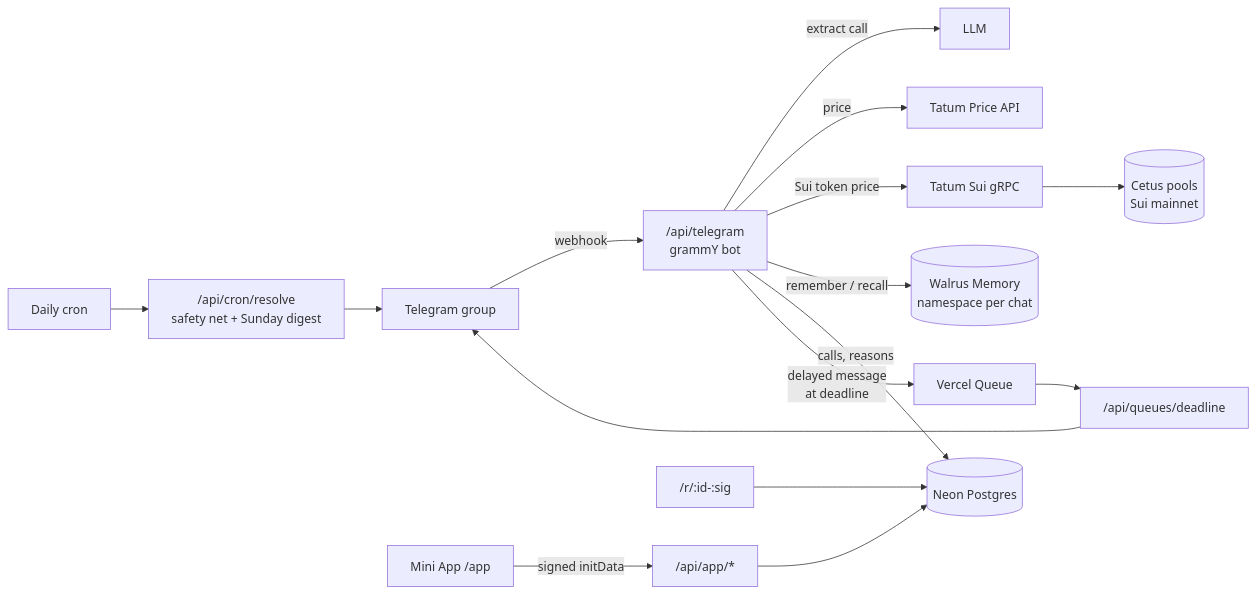
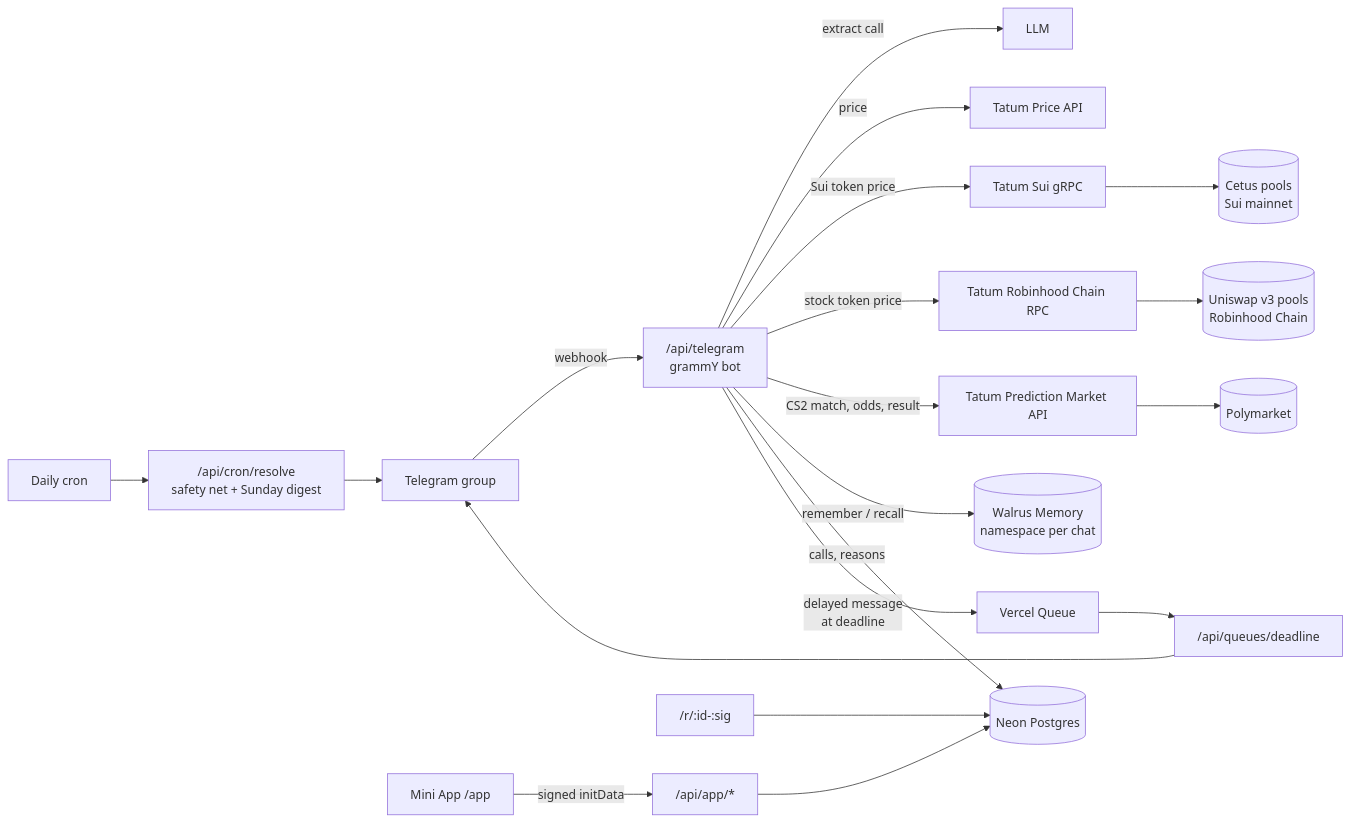
Before and after one commit to stkalper/MyKoll: the diagram in README.md, drawn with Mermaid. The commit also changed other lines of this file and 1 other file, not shown here.

Commit message:
Landing and README: the call formats the bot reads, several picks at once, live CS2 matches

````diff
--- a/README.md
+++ b/README.md
@@ -139,13 +174,15 @@
 ```mermaid
 flowchart LR
   TG[Telegram group] -- webhook --> BOT["/api/telegram<br/>grammY bot"]
   BOT -- extract call --> LLM[LLM]
   BOT -- price --> TATUM[Tatum Price API]
   BOT -- Sui token price --> GRPC[Tatum Sui gRPC] --> CETUS[(Cetus pools<br/>Sui mainnet)]
+  BOT -- stock token price --> RH[Tatum Robinhood Chain RPC] --> UNI[(Uniswap v3 pools<br/>Robinhood Chain)]
+  BOT -- CS2 match, odds, result --> PRED[Tatum Prediction Market API] --> PM[(Polymarket)]
   BOT -- remember / recall --> WALRUS[(Walrus Memory<br/>namespace per chat)]
   BOT -- calls, reasons --> DB[(Neon Postgres)]
   BOT -- delayed message<br/>at deadline --> Q[Vercel Queue] --> SETTLE["/api/queues/deadline"] --> TG
   CRON[Daily cron] --> RESOLVE["/api/cron/resolve<br/>safety net + Sunday digest"] --> TG
   MINI[Mini App /app] -- signed initData --> API["/api/app/*"] --> DB
   SHARE["/r/:id-:sig"] --> DB
 ```
````
